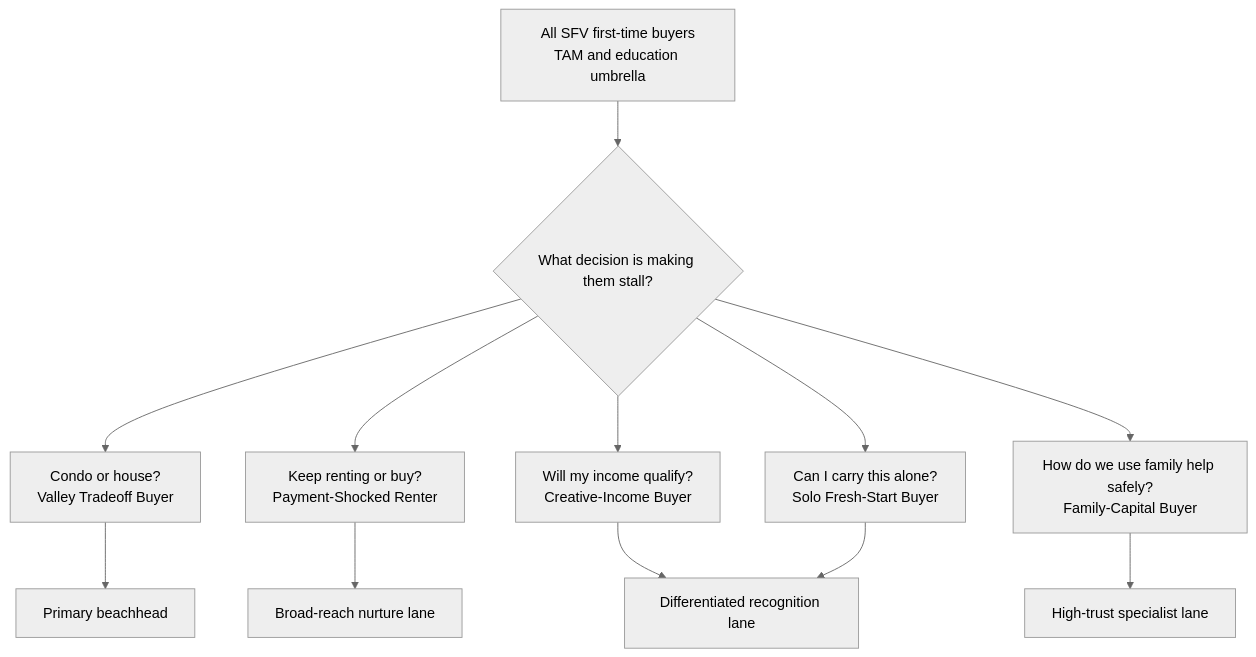
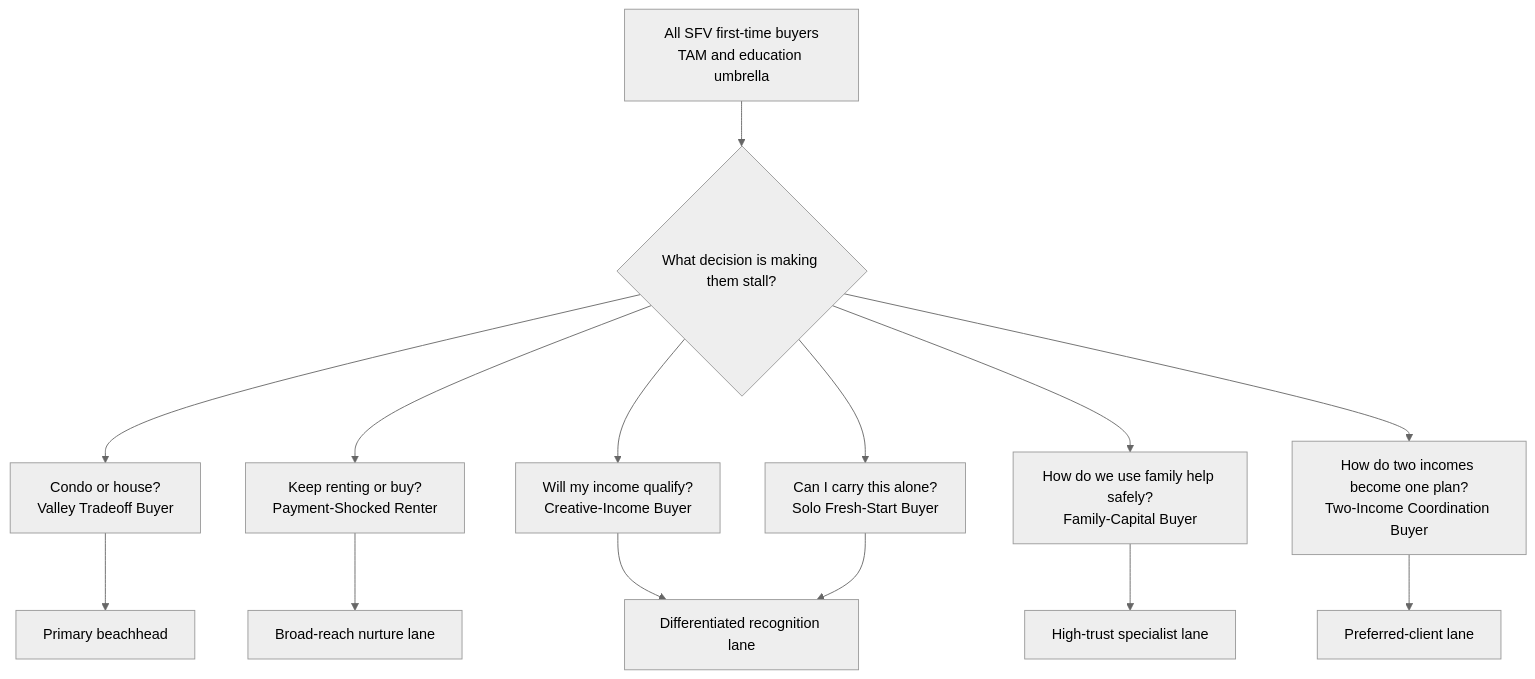
The first of 2 diagrams in _active/clients/jen-listings/06-system/content-intelligence/Jen First-Time Buyer ICP Options.md (Farrice/mes-knowledge-base), drawn with Mermaid (neutral theme) before and after one commit. The commit also changed other lines of this file and 3 other files, not shown here.

Commit message:
Add dual-income buyer ICP to Jen playbook

````diff
--- a/_active/clients/jen-listings/06-system/content-intelligence/Jen First-Time Buyer ICP Options.md
+++ b/_active/clients/jen-listings/06-system/content-intelligence/Jen First-Time Buyer ICP Options.md
@@ -17,10 +17,11 @@
 ```mermaid
 flowchart TD
     A[All SFV first-time buyers<br/>TAM and education umbrella] --> B{What decision is making them stall?}
-    B --> C[Condo or house?<br/>Valley Tradeoff Buyer]; B --> D[Keep renting or buy?<br/>Payment-Shocked Renter]; B --> E[Will my income qualify?<br/>Creative-Income Buyer]; B --> F[Can I carry this alone?<br/>Solo Fresh-Start Buyer]; B --> G[How do we use family help safely?<br/>Family-Capital Buyer]
+    B --> C[Condo or house?<br/>Valley Tradeoff Buyer]; B --> D[Keep renting or buy?<br/>Payment-Shocked Renter]; B --> E[Will my income qualify?<br/>Creative-Income Buyer]; B --> F[Can I carry this alone?<br/>Solo Fresh-Start Buyer]; B --> G[How do we use family help safely?<br/>Family-Capital Buyer]; B --> L[How do two incomes become one plan?<br/>Two-Income Coordination Buyer]
     C --> H[Primary beachhead]
     E --> I[Differentiated recognition lane]
     F --> I
     D --> J[Broad-reach nurture lane]
     G --> K[High-trust specialist lane]
+    L --> M[Preferred-client lane]
 ```
````
